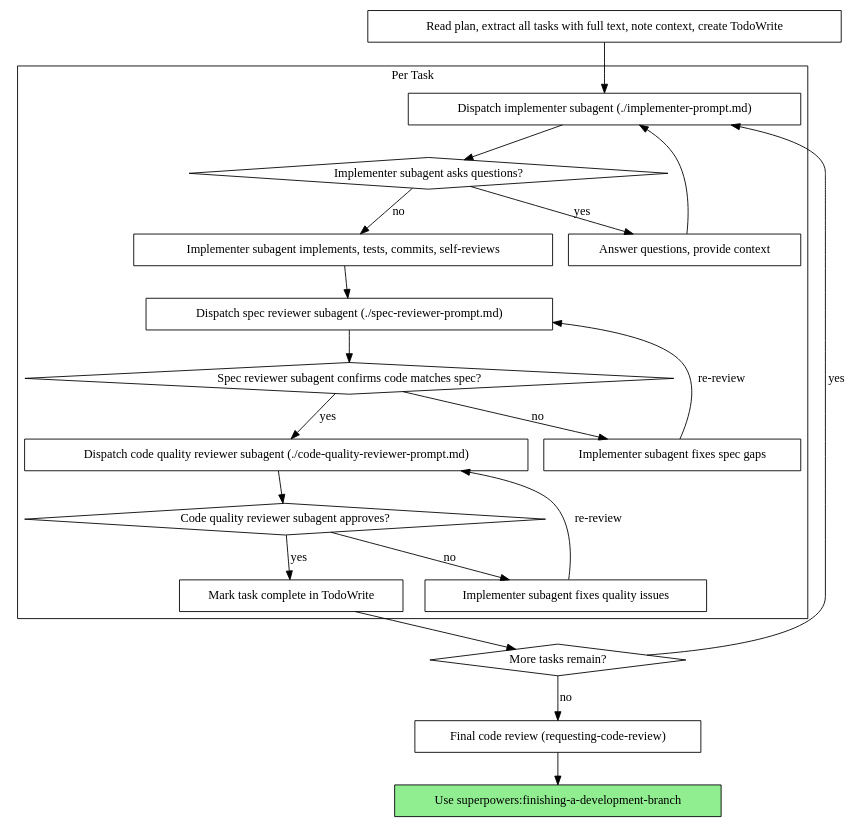
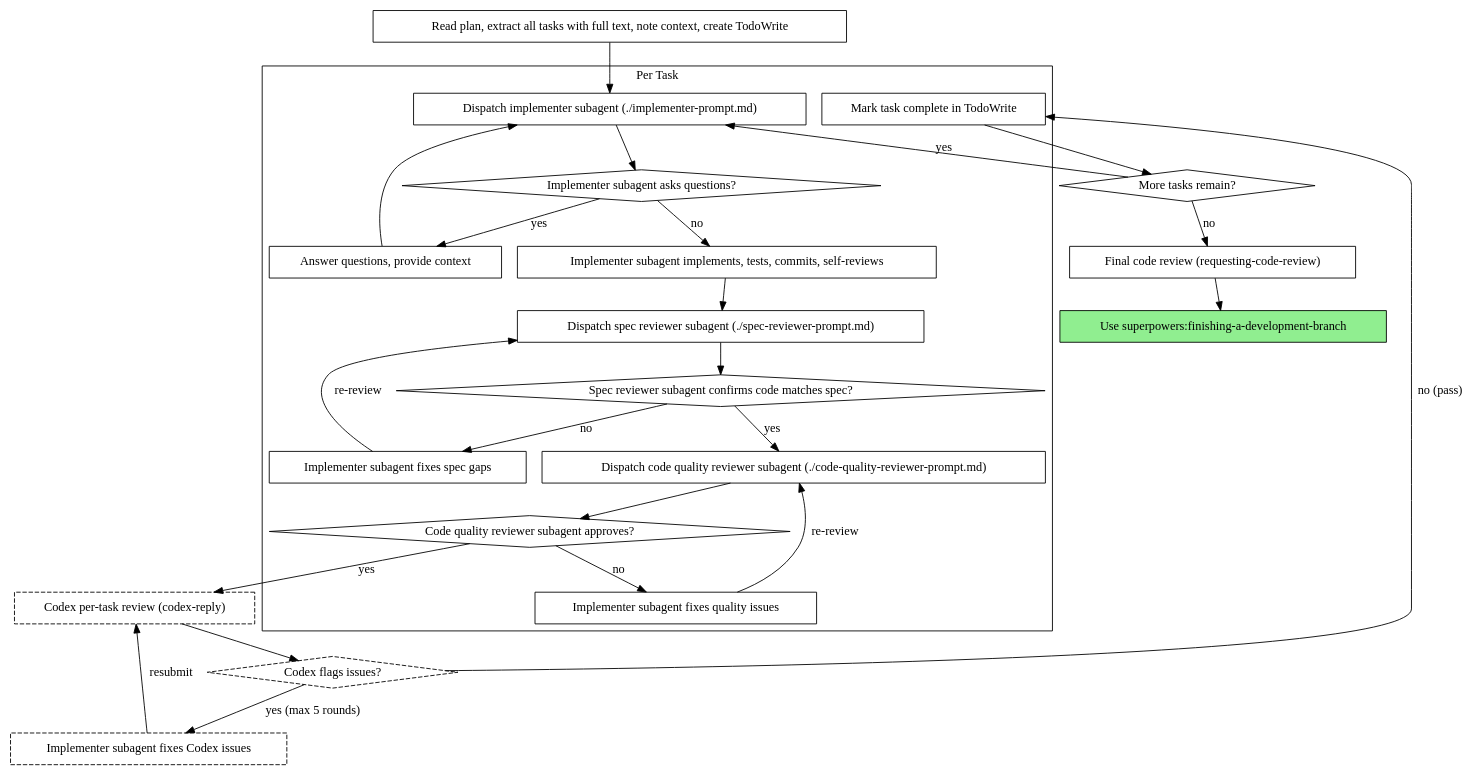
The second of 2 diagrams in skills/subagent-driven-development/SKILL.md (ebitoro/superpowers), drawn with Graphviz before and after one commit. The commit also changed other lines of this file and 1 other file, not shown here.

Commit message:
Add codex review in suagent-driven-development

````diff
--- a/skills/subagent-driven-development/SKILL.md
+++ b/skills/subagent-driven-development/SKILL.md
@@ -46,44 +46,51 @@
 ```dot
 digraph process {
     rankdir=TB;
 
     subgraph cluster_per_task {
         label="Per Task";
         "Dispatch implementer subagent (./implementer-prompt.md)" [shape=box];
         "Implementer subagent asks questions?" [shape=diamond];
         "Answer questions, provide context" [shape=box];
         "Implementer subagent implements, tests, commits, self-reviews" [shape=box];
         "Dispatch spec reviewer subagent (./spec-reviewer-prompt.md)" [shape=box];
         "Spec reviewer subagent confirms code matches spec?" [shape=diamond];
         "Implementer subagent fixes spec gaps" [shape=box];
         "Dispatch code quality reviewer subagent (./code-quality-reviewer-prompt.md)" [shape=box];
         "Code quality reviewer subagent approves?" [shape=diamond];
         "Implementer subagent fixes quality issues" [shape=box];
         "Mark task complete in TodoWrite" [shape=box];
     }
 
     "Read plan, extract all tasks with full text, note context, create TodoWrite" [shape=box];
     "More tasks remain?" [shape=diamond];
     "Final code review (requesting-code-review)" [shape=box];
     "Use superpowers:finishing-a-development-branch" [shape=box style=filled fillcolor=lightgreen];
 
     "Read plan, extract all tasks with full text, note context, create TodoWrite" -> "Dispatch implementer subagent (./implementer-prompt.md)";
     "Dispatch implementer subagent (./implementer-prompt.md)" -> "Implementer subagent asks questions?";
     "Implementer subagent asks questions?" -> "Answer questions, provide context" [label="yes"];
     "Answer questions, provide context" -> "Dispatch implementer subagent (./implementer-prompt.md)";
     "Implementer subagent asks questions?" -> "Implementer subagent implements, tests, commits, self-reviews" [label="no"];
     "Implementer subagent implements, tests, commits, self-reviews" -> "Dispatch spec reviewer subagent (./spec-reviewer-prompt.md)";
     "Dispatch spec reviewer subagent (./spec-reviewer-prompt.md)" -> "Spec reviewer subagent confirms code matches spec?";
     "Spec reviewer subagent confirms code matches spec?" -> "Implementer subagent fixes spec gaps" [label="no"];
     "Implementer subagent fixes spec gaps" -> "Dispatch spec reviewer subagent (./spec-reviewer-prompt.md)" [label="re-review"];
     "Spec reviewer subagent confirms code matches spec?" -> "Dispatch code quality reviewer subagent (./code-quality-reviewer-prompt.md)" [label="yes"];
     "Dispatch code quality reviewer subagent (./code-quality-reviewer-prompt.md)" -> "Code quality reviewer subagent approves?";
     "Code quality reviewer subagent approves?" -> "Implementer subagent fixes quality issues" [label="no"];
     "Implementer subagent fixes quality issues" -> "Dispatch code quality reviewer subagent (./code-quality-reviewer-prompt.md)" [label="re-review"];
-    "Code quality reviewer subagent approves?" -> "Mark task complete in TodoWrite" [label="yes"];
+    "Code quality reviewer subagent approves?" -> "Codex per-task review (codex-reply)" [label="yes"];
+    "Codex per-task review (codex-reply)" [shape=box style=dashed];
+    "Codex flags issues?" [shape=diamond style=dashed];
+    "Implementer subagent fixes Codex issues" [shape=box style=dashed];
+    "Codex per-task review (codex-reply)" -> "Codex flags issues?";
+    "Codex flags issues?" -> "Mark task complete in TodoWrite" [label="no (pass)"];
+    "Codex flags issues?" -> "Implementer subagent fixes Codex issues" [label="yes (max 5 rounds)"];
+    "Implementer subagent fixes Codex issues" -> "Codex per-task review (codex-reply)" [label="resubmit"];
     "Mark task complete in TodoWrite" -> "More tasks remain?";
     "More tasks remain?" -> "Dispatch implementer subagent (./implementer-prompt.md)" [label="yes"];
     "More tasks remain?" -> "Final code review (requesting-code-review)" [label="no"];
     "Final code review (requesting-code-review)" -> "Use superpowers:finishing-a-development-branch";
 }
 ```
````
